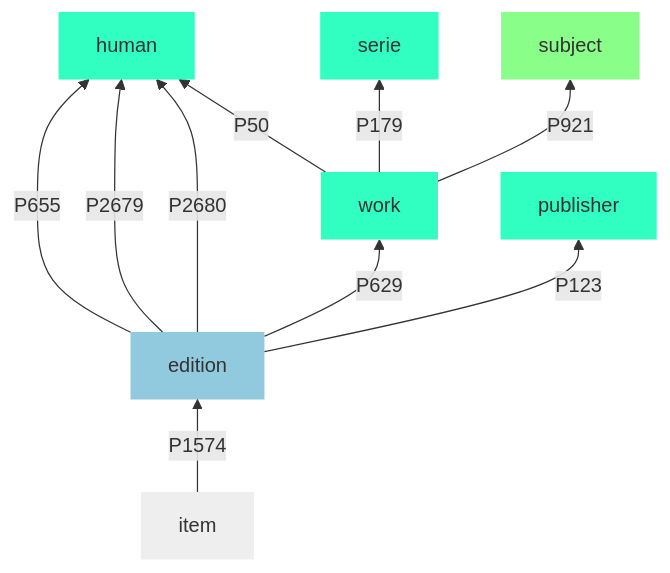
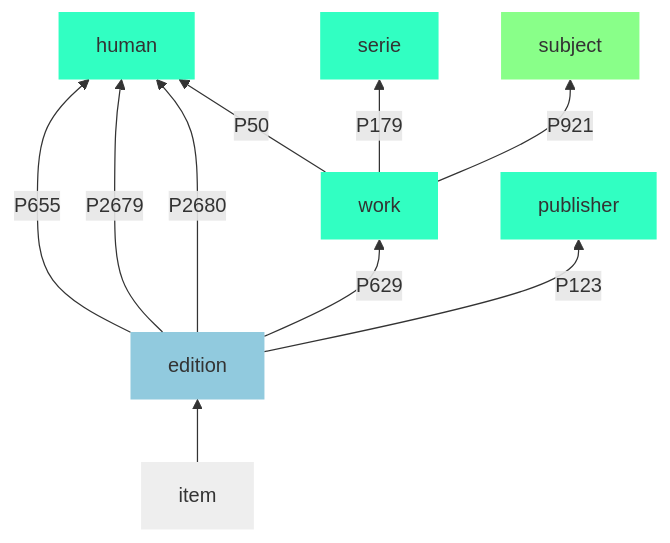
One commit to inventaire/entities-map changed the diagram in src/map.mmd. Above: the diagram before and after it, drawn with Mermaid.

Commit message:
remove item property

```diff
--- a/src/map.mmd
+++ b/src/map.mmd
@@ -1,21 +1,21 @@
 graph BT
 
   work -->|P50| human
   work -->|P179| serie
   work -->|P921| subject
   edition -->|P655| human
   edition -->|P2679| human
   edition -->|P2680| human
   edition -->|P629| work
   edition -->|P123| publisher
-  item -->|P1574| edition
+  item --> edition
 
   classDef wikidata fill:#22ff2288,stroke-width:0;
   classDef both fill:#31ffc2,stroke-width:0;
   classDef inventaire fill:#319cc288,stroke-width:0;
   classDef notanentity fill:#eee,stroke-width:0;
 
   class subject wikidata;
   class work,human,serie,publisher both;
   class edition inventaire;
   class item notanentity;
```
